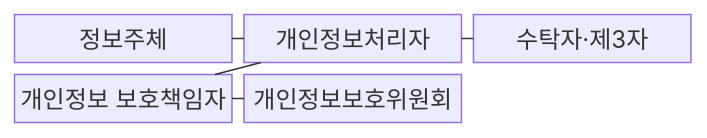
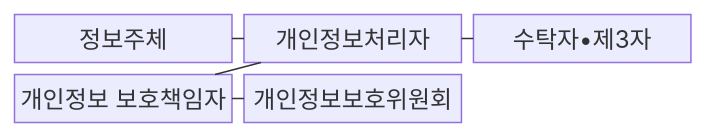
One commit to agnusdei1207/knowledge-base changed the first of 2 diagrams in src/content/docs/notes/07-law-policy/022_personal_information_protection_act.md. Above: the diagram before and after it, drawn with Mermaid. The commit also changed other lines of this file and 953 other files, not shown here.

````diff
--- a/src/content/docs/notes/07-law-policy/022_personal_information_protection_act.md
+++ b/src/content/docs/notes/07-law-policy/022_personal_information_protection_act.md
@@ -72,13 +72,13 @@
 ```mermaid
 block-beta
   columns 3
   A["정보주체"]
   B["개인정보처리자"]
-  C["수탁자·제3자"]
+  C["수탁자•제3자"]
   D["개인정보 보호책임자"]
   E["개인정보보호위원회"]
   A --- B
   B --- C
   B --- D
   D --- E
 ```
````
